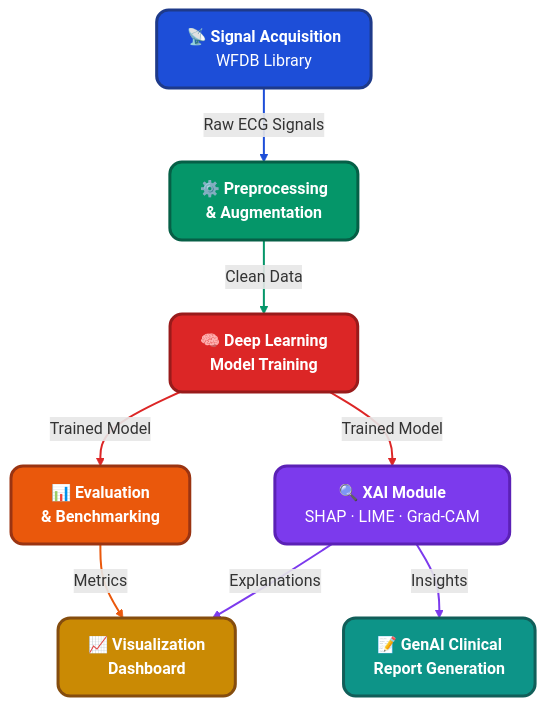
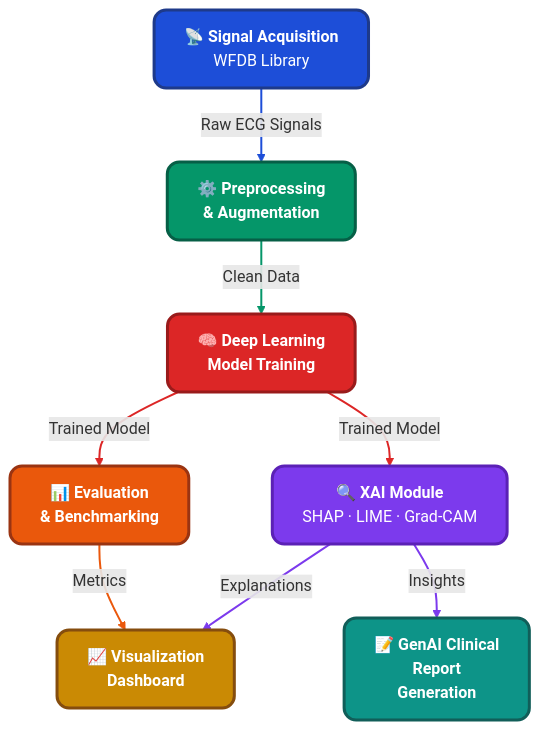
Before and after one commit to rajeshkumar-cse/MTech-Project: the diagram in README.md, drawn with Mermaid.

Commit message:
Fix last truncated label in diagram

````diff
--- a/README.md
+++ b/README.md
@@ -28,34 +28,34 @@
 ```mermaid
 flowchart TD
     A["📡 <b>Signal Acquisition</b><br/>WFDB Library"]
     B["⚙️ <b>Preprocessing</b><br/><b>& Augmentation</b>"]
     C["🧠 <b>Deep Learning</b><br/><b>Model Training</b>"]
     D["📊 <b>Evaluation</b><br/><b>& Benchmarking</b>"]
     E["🔍 <b>XAI Module</b><br/>SHAP · LIME · Grad-CAM"]
     F["📈 <b>Visualization</b><br/><b>Dashboard</b>"]
-    G["📝 <b>GenAI Clinical</b><br/><b>Report Generation</b>"]
+    G["📝 <b>GenAI Clinical</b><br/><b>Report</b><br/><b>Generation</b>"]
 
     A -- "Raw ECG Signals" --> B
     B -- "Clean Data" --> C
     C -- "Trained Model" --> D
     C -- "Trained Model" --> E
     D -- "Metrics" --> F
     E -- "Explanations" --> F
     E -- "Insights" --> G
 
     style A fill:#1d4ed8,stroke:#1e3a8a,color:#fff,stroke-width:3px,rx:12,ry:12
     style B fill:#059669,stroke:#065f46,color:#fff,stroke-width:3px,rx:12,ry:12
     style C fill:#dc2626,stroke:#991b1b,color:#fff,stroke-width:3px,rx:12,ry:12
     style D fill:#ea580c,stroke:#9a3412,color:#fff,stroke-width:3px,rx:12,ry:12
     style E fill:#7c3aed,stroke:#5b21b6,color:#fff,stroke-width:3px,rx:12,ry:12
     style F fill:#ca8a04,stroke:#854d0e,color:#fff,stroke-width:3px,rx:12,ry:12
     style G fill:#0d9488,stroke:#115e59,color:#fff,stroke-width:3px,rx:12,ry:12
 
     linkStyle 0 stroke:#1d4ed8,stroke-width:2px
     linkStyle 1 stroke:#059669,stroke-width:2px
     linkStyle 2 stroke:#dc2626,stroke-width:2px
     linkStyle 3 stroke:#dc2626,stroke-width:2px
     linkStyle 4 stroke:#ea580c,stroke-width:2px
     linkStyle 5 stroke:#7c3aed,stroke-width:2px
     linkStyle 6 stroke:#7c3aed,stroke-width:2px
 ```
````
